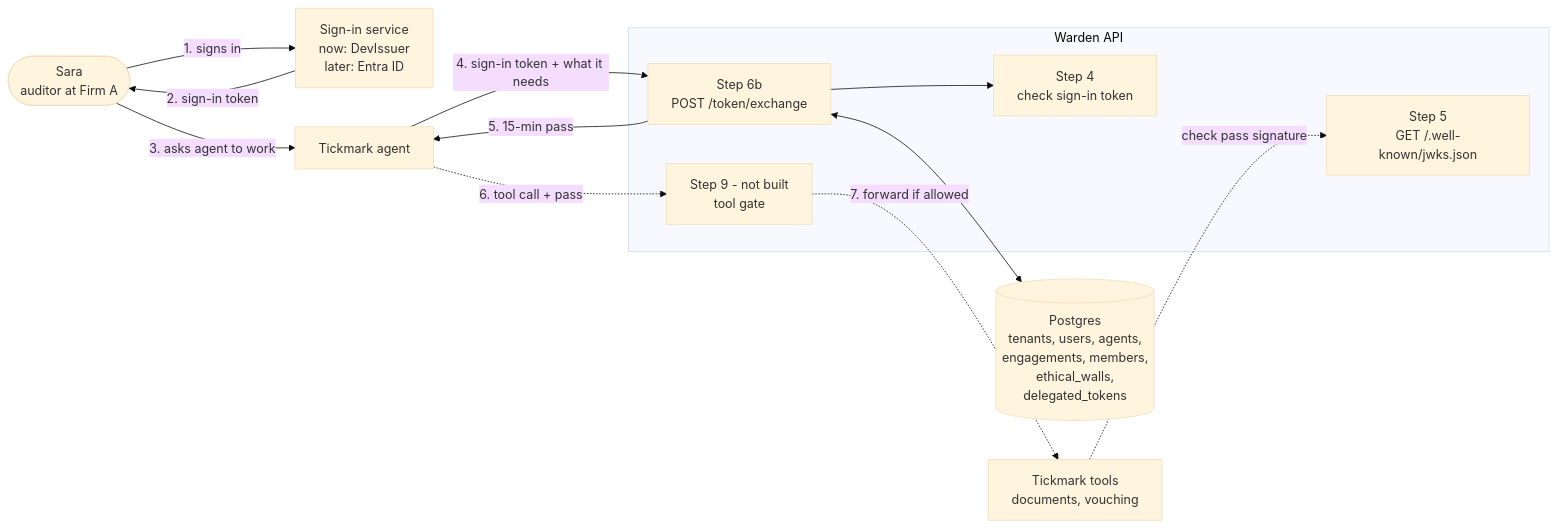
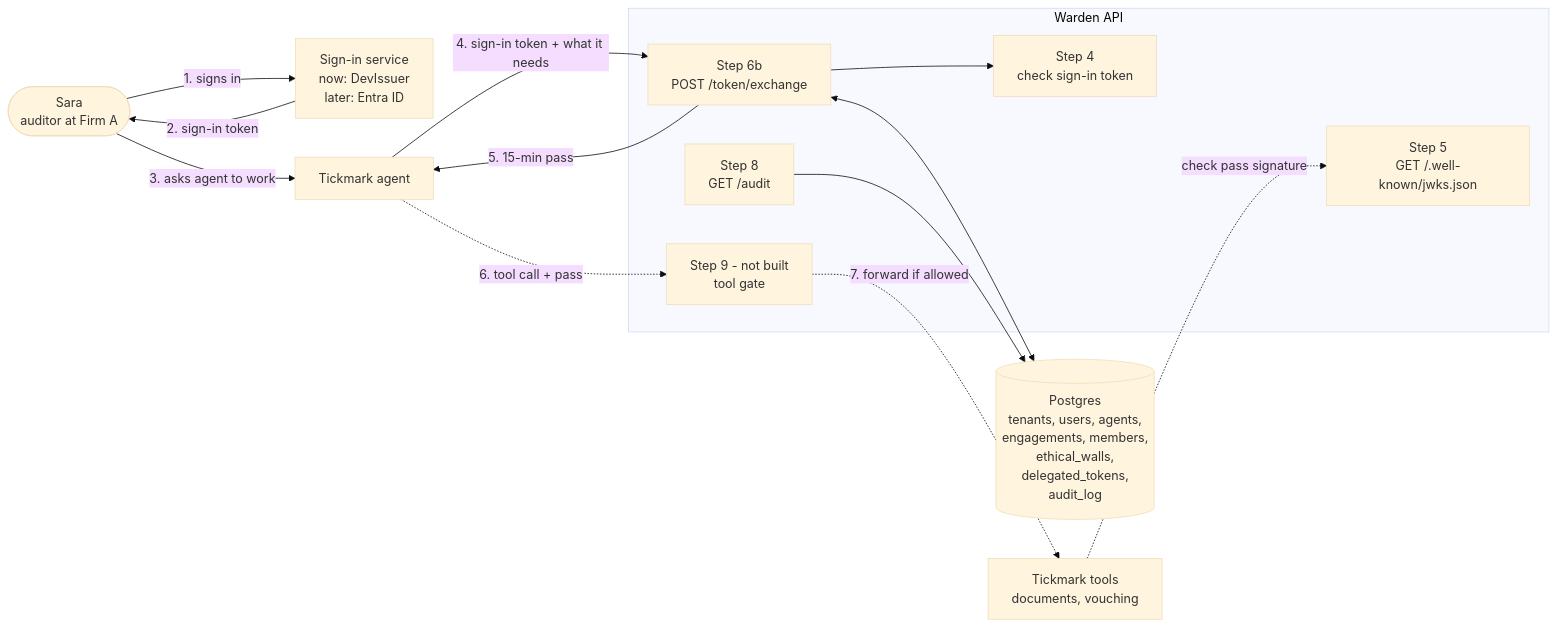
Before and after one commit to musishere/Warden-tickmark: the first of 16 diagrams in warden/docs/how-it-works.md, drawn with Mermaid (base theme). The commit also changed other lines of this file and 11 other files, not shown here.

Commit message:
feat: Add append-only audit log and GET /audit (step 8)

````diff
--- a/warden/docs/how-it-works.md
+++ b/warden/docs/how-it-works.md
@@ -14,25 +14,27 @@
 ```mermaid
 flowchart LR
     Sara([Sara<br/>auditor at Firm A])
     Login[Sign-in service<br/>now: DevIssuer<br/>later: Entra ID]
     Agent[Tickmark agent]
     subgraph W[Warden API]
         Auth[Step 4<br/>check sign-in token]
         Ex[Step 6b<br/>POST /token/exchange]
         Jwks[Step 5<br/>GET /.well-known/jwks.json]
+        Aud[Step 8<br/>GET /audit]
         Gate[Step 9 - not built<br/>tool gate]
     end
-    DB[(Postgres<br/>tenants, users, agents,<br/>engagements, members,<br/>ethical_walls,<br/>delegated_tokens)]
+    DB[(Postgres<br/>tenants, users, agents,<br/>engagements, members,<br/>ethical_walls,<br/>delegated_tokens,<br/>audit_log)]
     Tools[Tickmark tools<br/>documents, vouching]
 
     Sara -->|1. signs in| Login
     Login -->|2. sign-in token| Sara
     Sara -->|3. asks agent to work| Agent
     Agent -->|4. sign-in token + what it needs| Ex
     Ex --> Auth
     Ex <--> DB
+    Aud --> DB
     Ex -->|5. 15-min pass| Agent
     Agent -.->|6. tool call + pass| Gate
     Gate -.->|7. forward if allowed| Tools
     Tools -.->|check pass signature| Jwks
 ```
````
